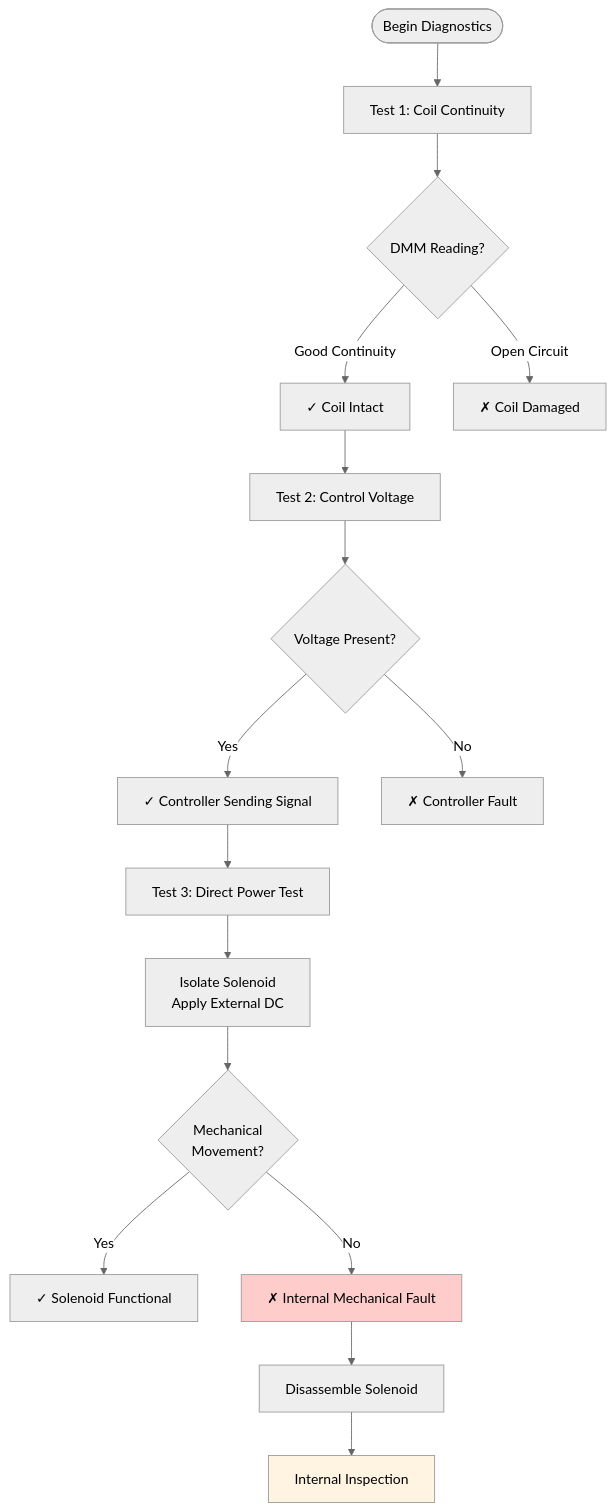
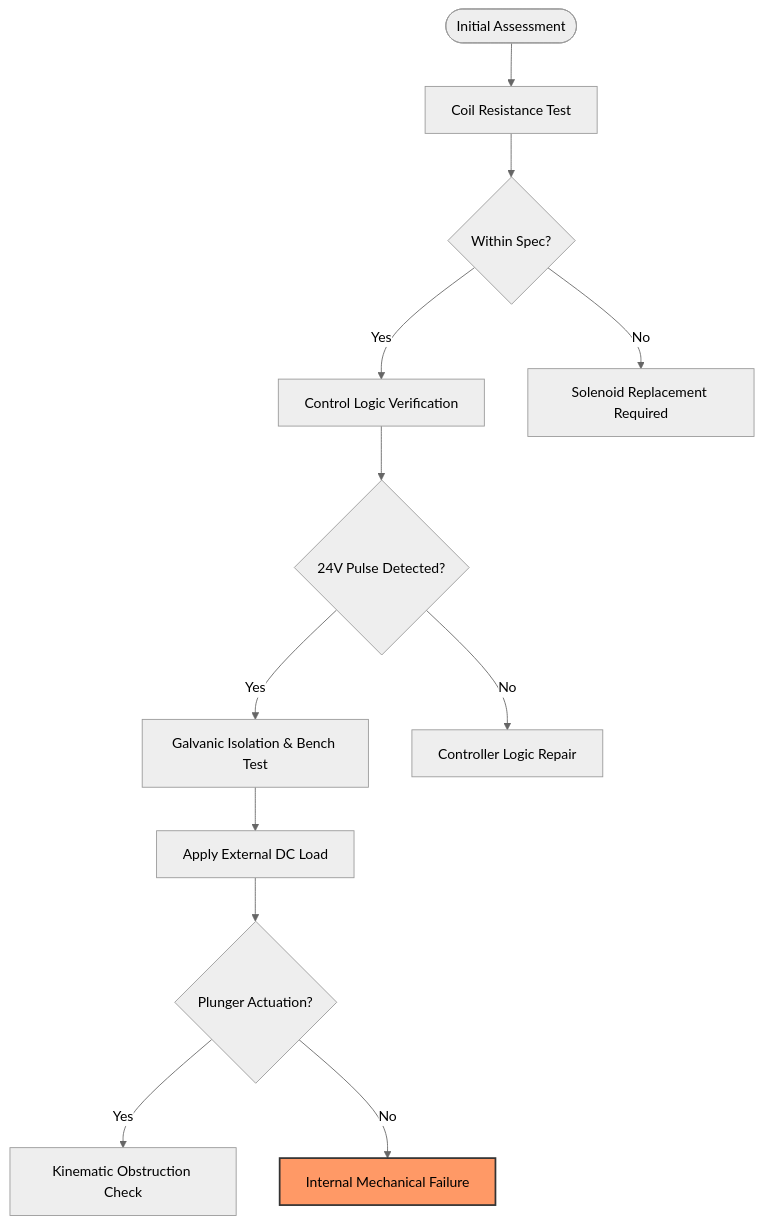
One commit to nu-jliu/nu-jliu.github.io changed the second of 2 diagrams in _posts/2024-2-15-sawyer.md. Above: the diagram before and after it, drawn with Mermaid (neutral theme). The commit also changed other lines of this file and 2 other files, not shown here.

````diff
--- a/_posts/2024-2-15-sawyer.md
+++ b/_posts/2024-2-15-sawyer.md
@@ -76,24 +75,18 @@
 ```mermaid
 flowchart TD
-    START([Begin Diagnostics]) --> TEST1[Test 1: Coil Continuity]
-    TEST1 --> CHECK1{DMM Reading?}
-    CHECK1 -->|Good Continuity| PASS1[✓ Coil Intact]
-    CHECK1 -->|Open Circuit| FAIL1[✗ Coil Damaged]
+    START([Initial Assessment]) --> COIL[Coil Resistance Test]
+    COIL --> CHECK1{Within Spec?}
+    CHECK1 -->|Yes| SIGNAL[Control Logic Verification]
+    CHECK1 -->|No| REPLACE[Solenoid Replacement Required]
 
-    PASS1 --> TEST2[Test 2: Control Voltage]
-    TEST2 --> CHECK2{Voltage Present?}
-    CHECK2 -->|Yes| PASS2[✓ Controller Sending Signal]
-    CHECK2 -->|No| FAIL2[✗ Controller Fault]
+    SIGNAL --> CHECK2{24V Pulse Detected?}
+    CHECK2 -->|Yes| ISOLATE[Galvanic Isolation & Bench Test]
+    CHECK2 -->|No| LOGIC[Controller Logic Repair]
 
-    PASS2 --> TEST3[Test 3: Direct Power Test]
-    TEST3 --> ISOLATE[Isolate Solenoid<br/>Apply External DC]
-    ISOLATE --> CHECK3{Mechanical<br/>Movement?}
-    CHECK3 -->|Yes| PASS3[✓ Solenoid Functional]
-    CHECK3 -->|No| FAIL3[✗ Internal Mechanical Fault]
+    ISOLATE --> BENCH[Apply External DC Load]
+    BENCH --> CHECK3{Plunger Actuation?}
+    CHECK3 -->|Yes| MECH[Kinematic Obstruction Check]
+    CHECK3 -->|No| INTERNAL[Internal Mechanical Failure]
 
-    FAIL3 --> DISASSEMBLE[Disassemble Solenoid]
-    DISASSEMBLE --> INSPECT[Internal Inspection]
-
-    style FAIL3 fill:#ffcccc
-    style INSPECT fill:#fff4e1
+    style INTERNAL fill:#f96,stroke:#333,stroke-width:2px
 ```
````
